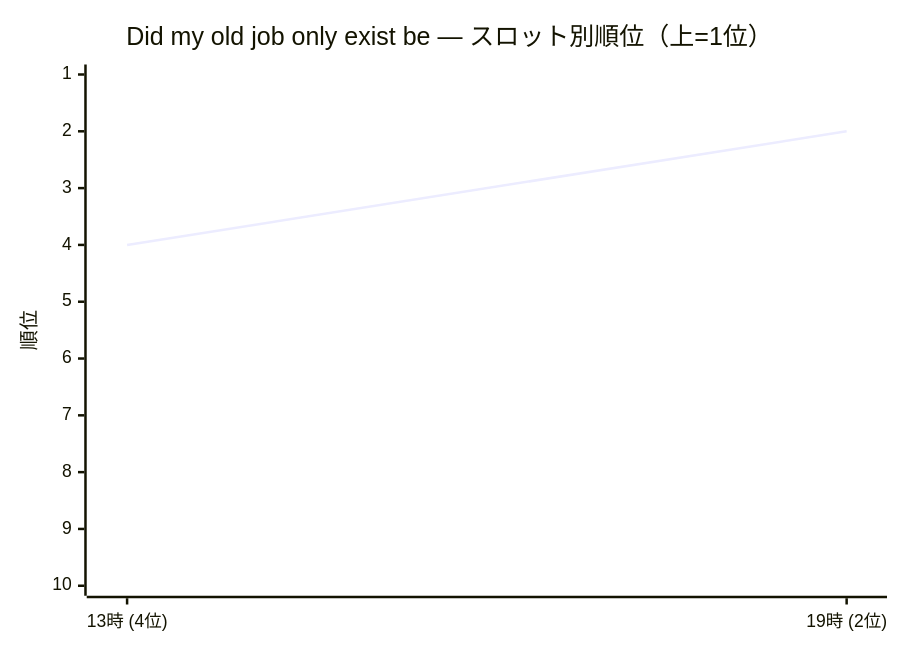
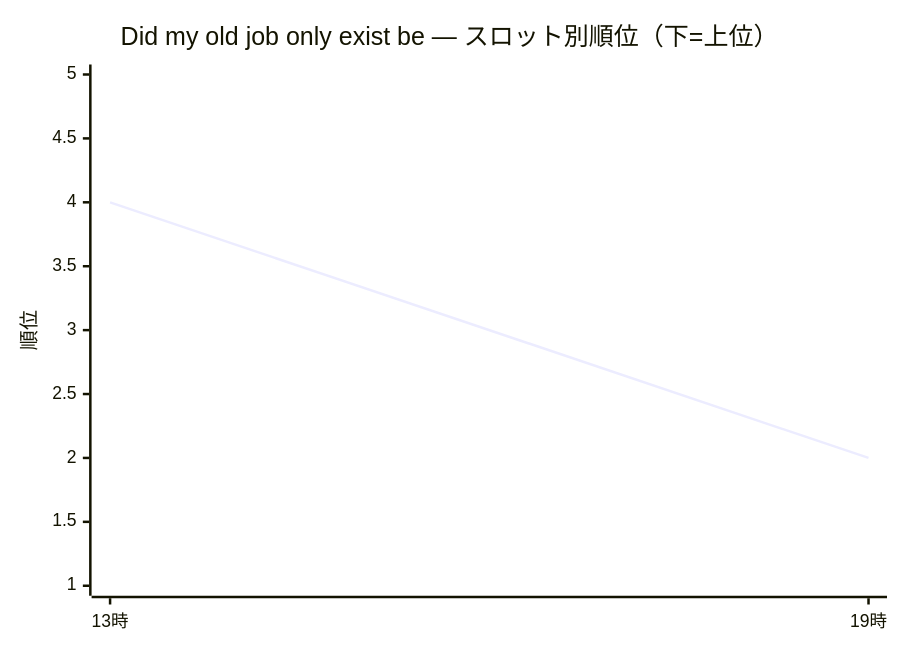
One commit to rushhirosan/trend-dashboard changed the first of 2 diagrams in docs/summaries/daily/2026-06-22.md. Above: the diagram before and after it, drawn with Mermaid. The commit also changed other lines of this file and 11 other files, not shown here.

````diff
--- a/docs/summaries/daily/2026-06-22.md
+++ b/docs/summaries/daily/2026-06-22.md
@@ -52,7 +52,7 @@
 ```mermaid
 xychart-beta
-    title "Did my old job only exist be — スロット別順位（上=1位）"
-    x-axis ["13時 (4位)", "19時 (2位)"]
-    y-axis "順位" 10 --> 1
+    title "Did my old job only exist be — スロット別順位（下=上位）"
+    x-axis ["13時", "19時"]
+    y-axis "順位" 1 --> 5
     line [4, 2]
 ```
````
